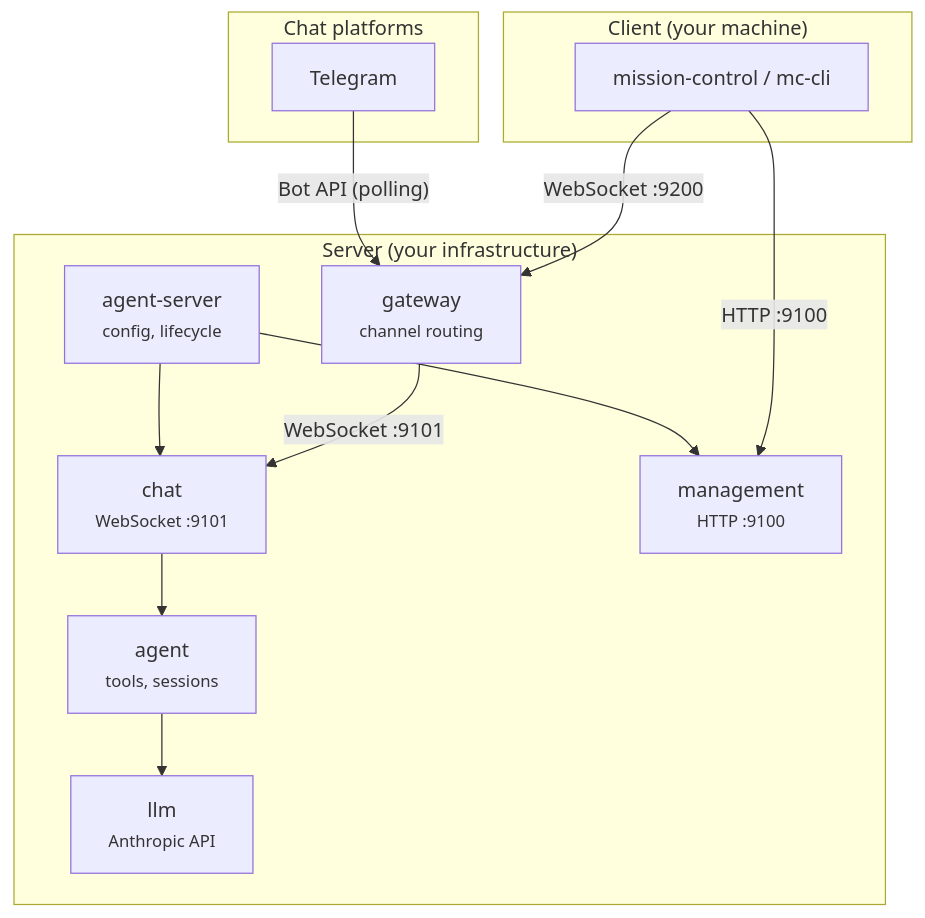
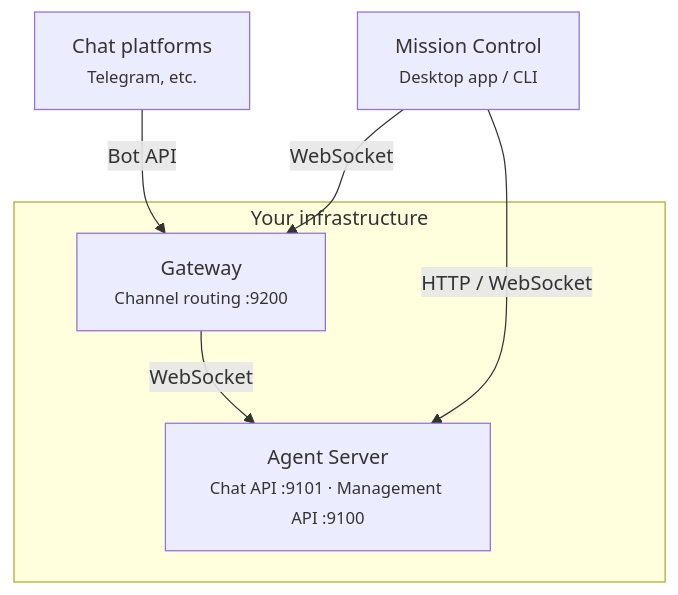
Before and after one commit to volumegambit/Dash: the diagram in README.md, drawn with Mermaid.

Commit message:
Simplify mermaid diagram to 3 main components + chat platforms

````diff
--- a/README.md
+++ b/README.md
@@ -26,24 +26,16 @@
 ```mermaid
 graph TB
-  subgraph platforms ["Chat platforms"]
-    telegram["Telegram"]
+  platforms["Chat platforms<br/><small>Telegram, etc.</small>"]
+
+  subgraph infra ["Your infrastructure"]
+    agent-server["Agent Server<br/><small>Chat API :9101 · Management API :9100</small>"]
+    gateway["Gateway<br/><small>Channel routing :9200</small>"]
+    gateway -- "WebSocket" --> agent-server
   end
 
-  subgraph server ["Server (your infrastructure)"]
-    agent-server["agent-server<br/><small>config, lifecycle</small>"]
-    agent-server --> chat["chat<br/><small>WebSocket :9101</small>"]
-    agent-server --> management["management<br/><small>HTTP :9100</small>"]
-    chat --> agent["agent<br/><small>tools, sessions</small>"]
-    agent --> llm["llm<br/><small>Anthropic API</small>"]
-    gateway["gateway<br/><small>channel routing</small>"]
-    gateway -- "WebSocket :9101" --> chat
-  end
+  mc["Mission Control<br/><small>Desktop app / CLI</small>"]
 
-  subgraph client ["Client (your machine)"]
-    mc["mission-control / mc-cli"]
-  end
-
-  telegram -- "Bot API (polling)" --> gateway
-  mc -- "HTTP :9100" --> management
-  mc -- "WebSocket :9200" --> gateway
+  platforms -- "Bot API" --> gateway
+  mc -- "HTTP / WebSocket" --> agent-server
+  mc -- "WebSocket" --> gateway
 ```
````
